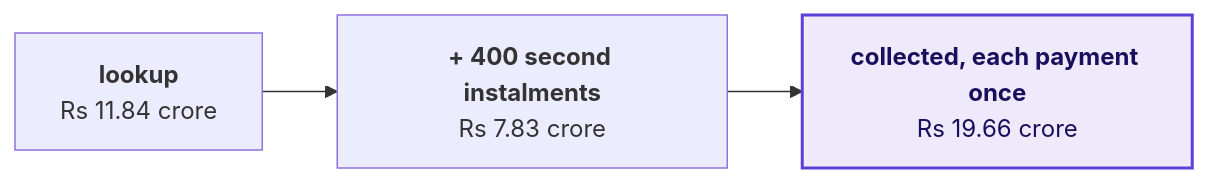
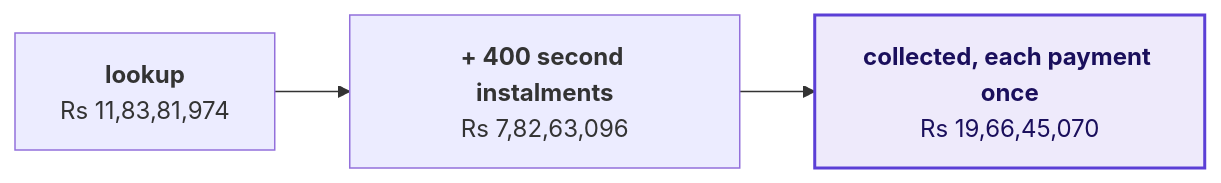
Before and after one commit to fde-academy-lab/c2-content-factory: diagram 23 of 24 in content/W02/D5/slides/C2_W02_D05_half1_STUDENT.md, drawn with Mermaid. The commit also changed 6 other files, not shown here.

First line of the commit message:
W02 D5 chapter 5 after the second round: the bridge prints every rupee so its parts add up, and the warehouse route to collected names Tuesday's rule, each instalment once, in the notebook, deck, day sheet, companion and solution

````diff
--- a/content/W02/D5/slides/C2_W02_D05_half1_STUDENT.md
+++ b/content/W02/D5/slides/C2_W02_D05_half1_STUDENT.md
@@ -1556,7 +1556,7 @@
 ```mermaid
 flowchart LR
-    L["<b>lookup</b><br/>Rs 11.84 crore"] --> M["<b>+ 400 second instalments</b><br/>Rs 7.83 crore"]
-    M --> S["<b>collected, each payment once</b><br/>Rs 19.66 crore"]
+    L["<b>lookup</b><br/>Rs 11,83,81,974"] --> M["<b>+ 400 second instalments</b><br/>Rs 7,82,63,096"]
+    M --> S["<b>collected, each payment once</b><br/>Rs 19,66,45,070"]
     classDef known fill:#EEEAFB,stroke:#5B3FD6,color:#1A0F5C,stroke-width:2px
     class S known
 ```
````
